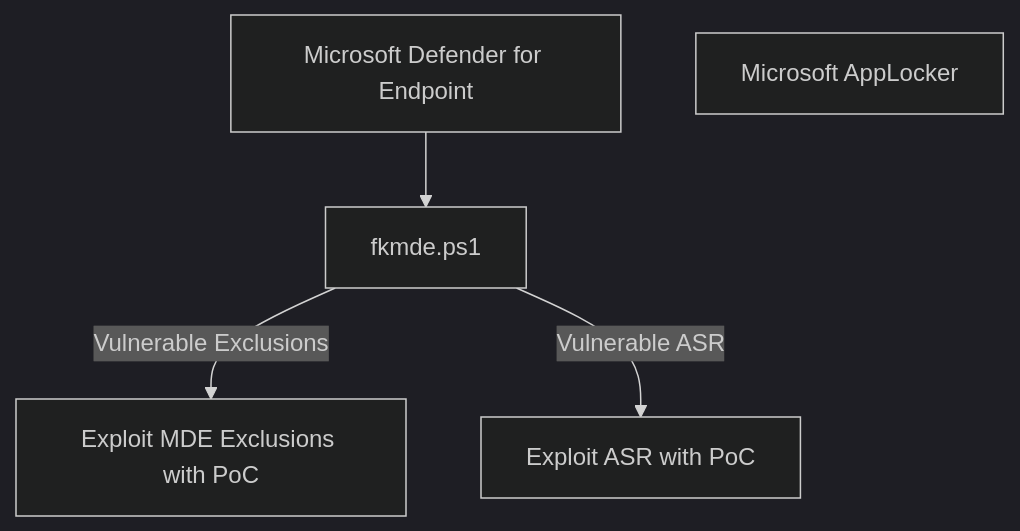
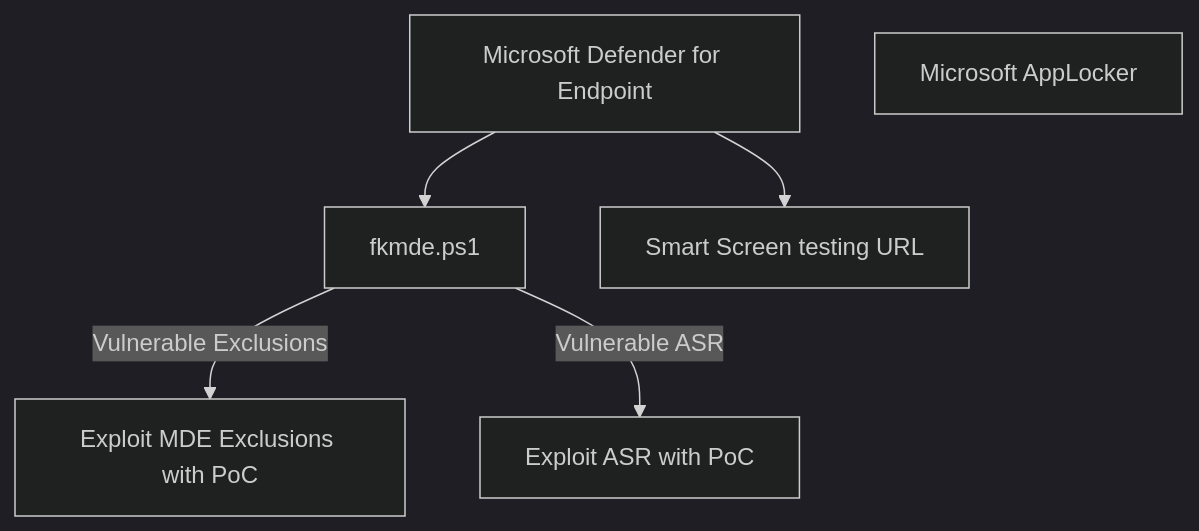
The diagram in README.md (fkxdr/fkxdr-mindmaps), drawn with Mermaid (dark theme) before and after one commit.

````diff
--- a/README.md
+++ b/README.md
@@ -18,8 +18,10 @@
 ```mermaid
 flowchart TD
     MDE[ Microsoft Defender for Endpoint ]
-    --> MDEA[ fkmde.ps1 ]
-    -->| Vulnerable Exclusions | MDEB[ Exploit MDE Exclusions with PoC ]
-    MDEA -->| Vulnerable ASR | MDEC[ Exploit ASR with PoC ]
+    --> MDEFK[ fkmde.ps1 ]
+    -->| Vulnerable Exclusions | MDEEX[ Exploit MDE Exclusions with PoC ]
+    MDEFK -->| Vulnerable ASR | MDEC[ Exploit ASR with PoC ]
+    MDE --> MDESC[ Smart Screen testing URL ]
+
     APP[ Microsoft AppLocker ]
 ```
````
